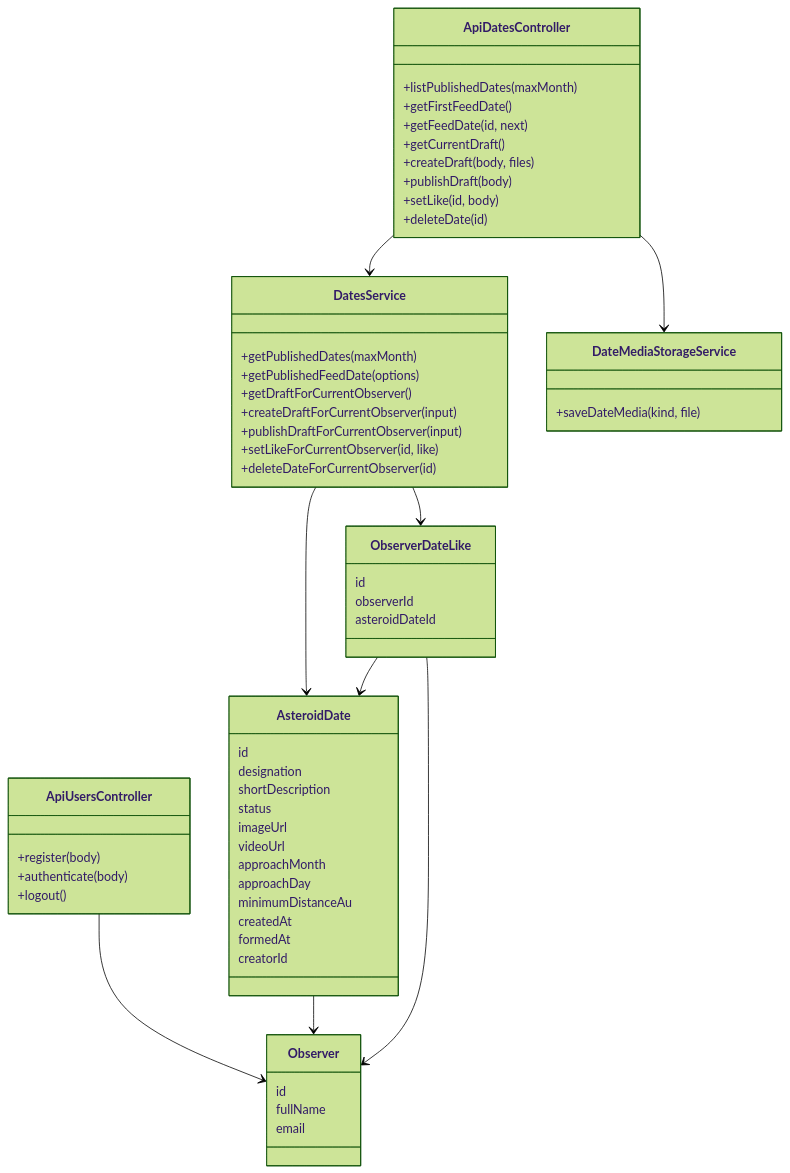
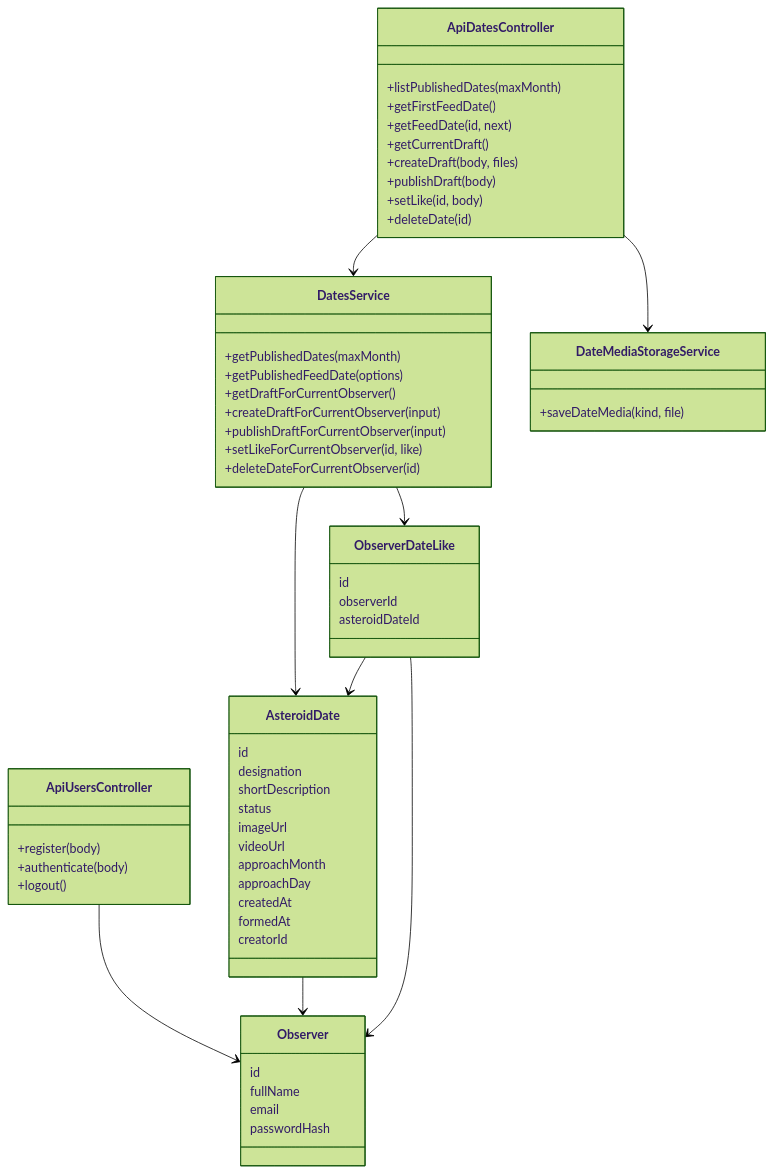
Before and after one commit to DariaProsviriakova/web_backend_asteroids: the diagram in docs/dates-lab3-class-diagram.md, drawn with Mermaid (forest theme). The commit also changed 8 other files, not shown here.

````diff
--- a/docs/dates-lab3-class-diagram.md
+++ b/docs/dates-lab3-class-diagram.md
@@ -3,69 +3,69 @@
 ```mermaid
 classDiagram
   class ApiDatesController {
     +listPublishedDates(maxMonth)
     +getFirstFeedDate()
     +getFeedDate(id, next)
     +getCurrentDraft()
     +createDraft(body, files)
     +publishDraft(body)
     +setLike(id, body)
     +deleteDate(id)
   }
 
   class ApiUsersController {
     +register(body)
     +authenticate(body)
     +logout()
   }
 
   class DatesService {
     +getPublishedDates(maxMonth)
     +getPublishedFeedDate(options)
     +getDraftForCurrentObserver()
     +createDraftForCurrentObserver(input)
     +publishDraftForCurrentObserver(input)
     +setLikeForCurrentObserver(id, like)
     +deleteDateForCurrentObserver(id)
   }
 
   class DateMediaStorageService {
     +saveDateMedia(kind, file)
   }
 
   class AsteroidDate {
     id
     designation
     shortDescription
     status
     imageUrl
     videoUrl
     approachMonth
     approachDay
-    minimumDistanceAu
     createdAt
     formedAt
     creatorId
   }
 
   class Observer {
     id
     fullName
     email
+    passwordHash
   }
 
   class ObserverDateLike {
     id
     observerId
     asteroidDateId
   }
 
   ApiDatesController --> DatesService
   ApiDatesController --> DateMediaStorageService
   ApiUsersController --> Observer
   DatesService --> AsteroidDate
   DatesService --> ObserverDateLike
   AsteroidDate --> Observer
   ObserverDateLike --> AsteroidDate
   ObserverDateLike --> Observer
 ```
````
